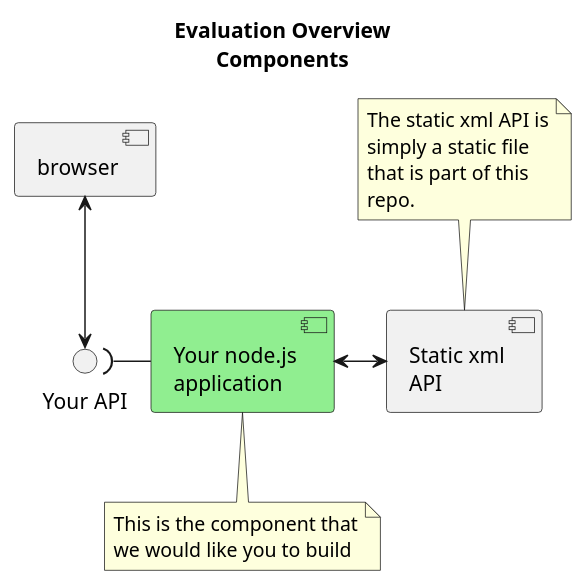
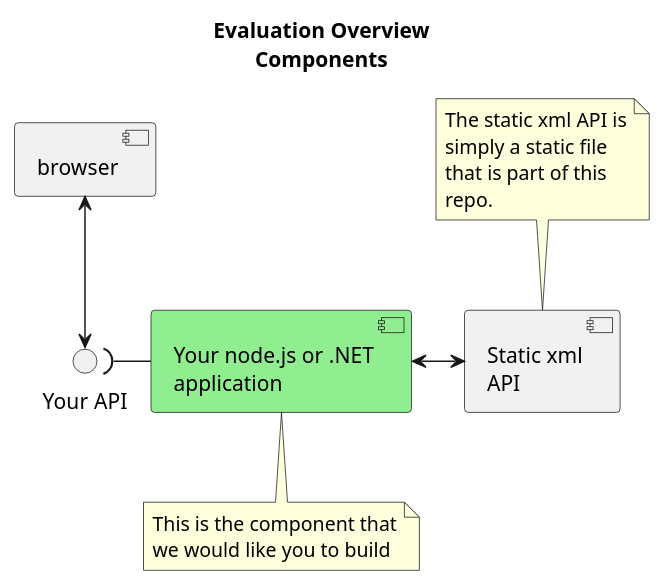
The diagram in images/components.puml (MiddlewareNewZealand/evaluation-instructions), drawn with PlantUML before and after one commit. The commit also changed 1 other file, not shown here.

```diff
--- a/images/components.puml
+++ b/images/components.puml
@@ -1,24 +1,24 @@
 @startuml evaluation-instructions
 title
 Evaluation Overview
 Components
 end title
 component browser as B
 interface "Your API" as YA
-component "Your node.js\napplication" as N #LightGreen
+component "Your node.js or .NET\napplication" as N #LightGreen
 component "Static xml\nAPI" as A
 
 B <--> YA
 N -left( YA
 N <-> A
 note top of A
     The static xml API is
     simply a static file
     that is part of this
     repo.
 end note
 note bottom of N
     This is the component that
     we would like you to build
 end note
 @enduml
```
